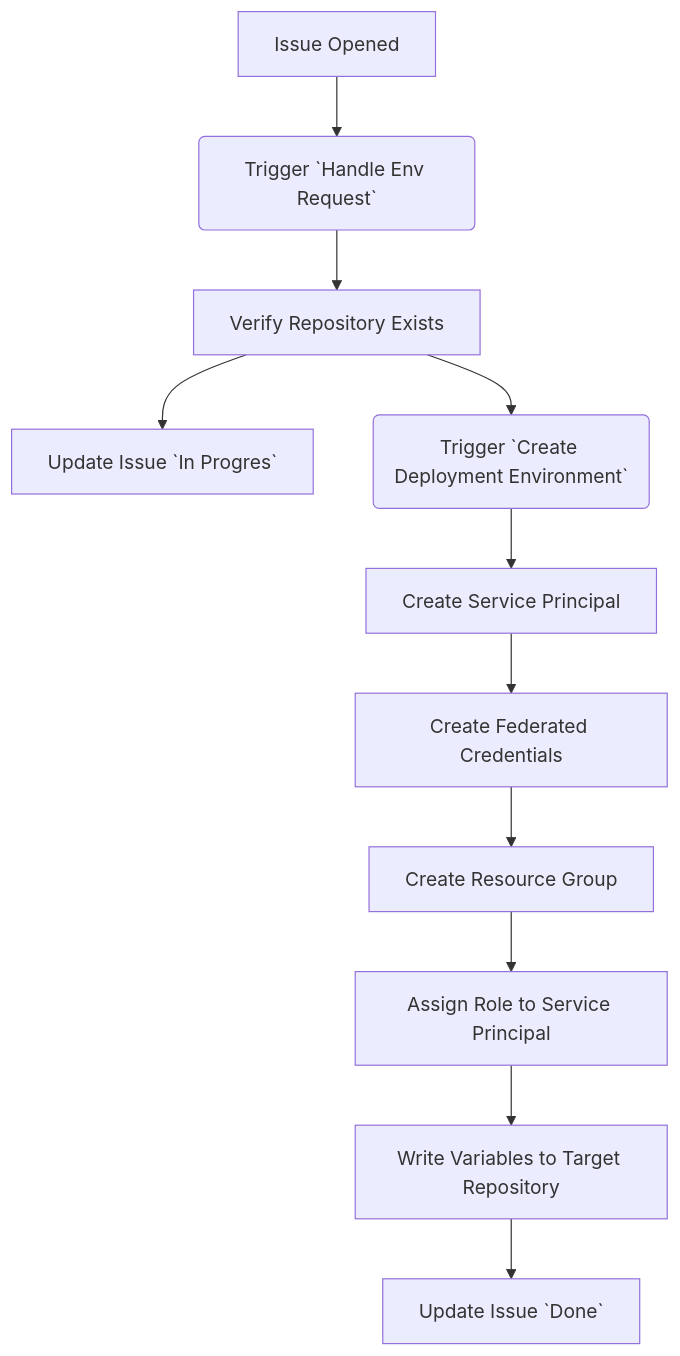
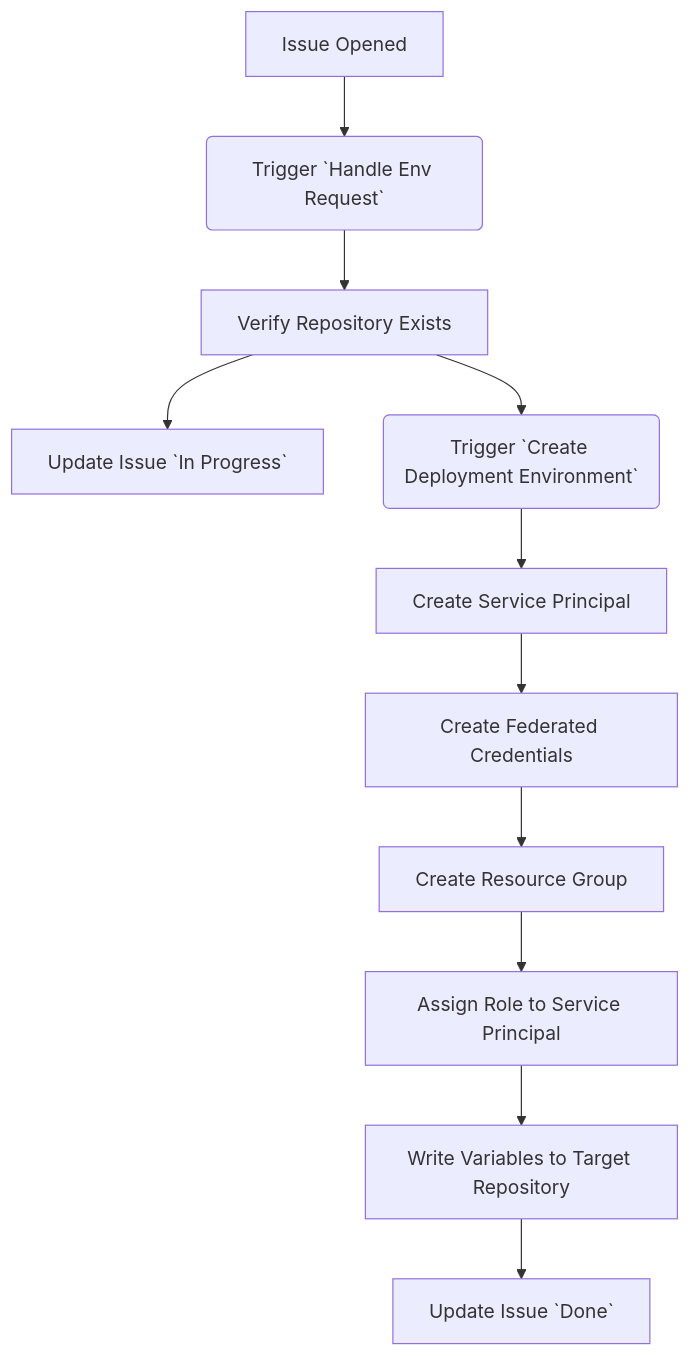
Before and after one commit to actions-workshop/deployment-environment: the diagram in docs/issue-ops-details.md, drawn with Mermaid. The commit also changed other lines of this file, not shown here.

````diff
--- a/docs/issue-ops-details.md
+++ b/docs/issue-ops-details.md
@@ -5,13 +5,13 @@
 ```mermaid
 graph TD;
     A[Issue Opened] --> B(Trigger `Handle Env Request`);
     B --> C[Verify Repository Exists];
-    C --> E[Update Issue `In Progres`];
+    C --> E[Update Issue `In Progress`];
     C --> D(Trigger `Create Deployment Environment`);
     D --> F[Create Service Principal];
     F --> G[Create Federated Credentials];
     G --> H[Create Resource Group];
     H --> I[Assign Role to Service Principal];
     I --> J[Write Variables to Target Repository];
     J --> K[Update Issue `Done`];
 ```
````
